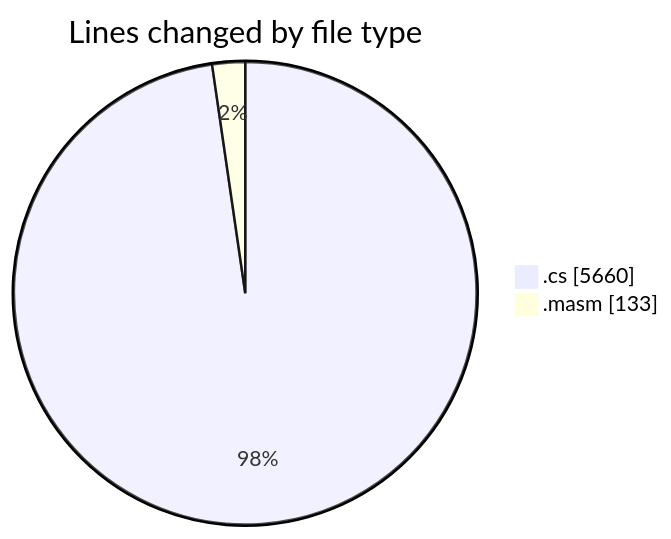
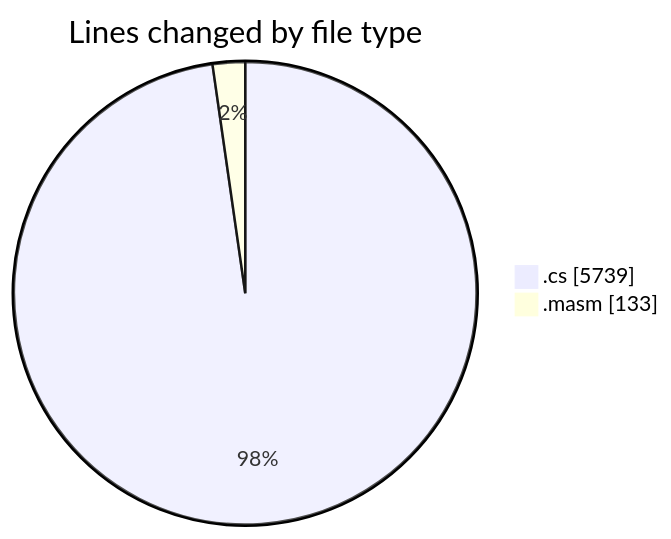
Before and after one commit to charlie-sans/code-tracking: the first of 2 diagrams in 2025-03-17/sharpmasm/README.md, drawn with Mermaid. The commit also changed other lines of this file and 1 other file, not shown here.

````diff
--- a/2025-03-17/sharpmasm/README.md
+++ b/2025-03-17/sharpmasm/README.md
@@ -27,6 +28,6 @@
 ```mermaid
 pie showData
 title Lines changed by file type
-".cs" : 5660
+".cs" : 5739
 ".masm" : 133
 ```
````
